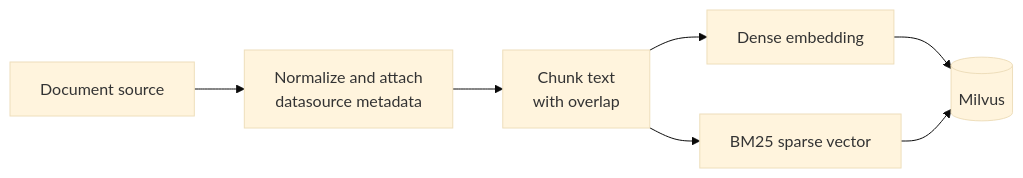
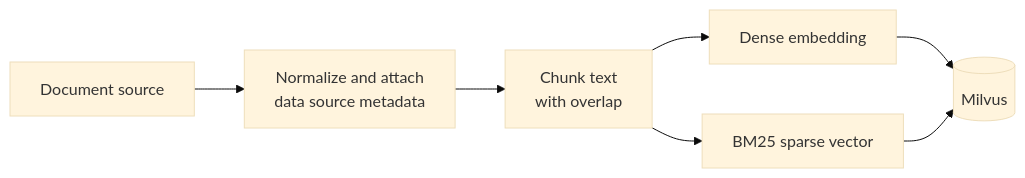
The second of 4 diagrams in docs/docs/knowledge_bases/architecture.md (cnoe-io/ai-platform-engineering), drawn with Mermaid (base theme) before and after one commit. The commit also changed other lines of this file and 6 other files, not shown here.

````diff
--- a/docs/docs/knowledge_bases/architecture.md
+++ b/docs/docs/knowledge_bases/architecture.md
@@ -54,13 +59,13 @@
 ```mermaid
 flowchart LR
   SRC["Document source"]
-  N["Normalize and attach<br/>datasource metadata"]
+  N["Normalize and attach<br/>data source metadata"]
   C["Chunk text<br/>with overlap"]
   D["Dense embedding"]
   S["BM25 sparse vector"]
   M[("Milvus")]
 
   SRC --> N --> C
   C --> D --> M
   C --> S --> M
 ```
````
